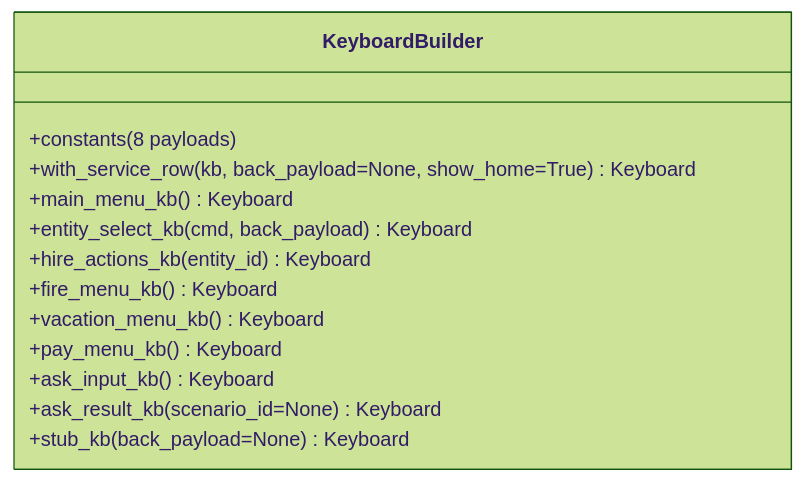
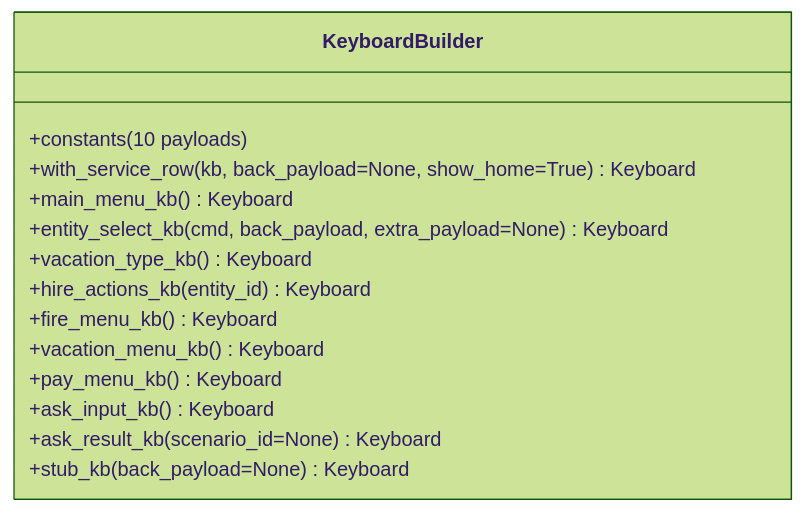
One commit to ognelis/cafetera_hr_bot changed the third of 12 diagrams in .qoder/repowiki/en/content/Keyboard System.md. Above: the diagram before and after it, drawn with Mermaid (forest theme). The commit also changed other lines of this file and 26 other files, not shown here.

````diff
--- a/.qoder/repowiki/en/content/Keyboard System.md
+++ b/.qoder/repowiki/en/content/Keyboard System.md
@@ -162,16 +170,17 @@
 ```mermaid
 classDiagram
 class KeyboardBuilder {
-+constants (8 payloads)
++constants (10 payloads)
 +with_service_row(kb, back_payload=None, show_home=True) Keyboard
 +main_menu_kb() Keyboard
-+entity_select_kb(cmd, back_payload) Keyboard
++entity_select_kb(cmd, back_payload, extra_payload=None) Keyboard
++vacation_type_kb() Keyboard
 +hire_actions_kb(entity_id) Keyboard
 +fire_menu_kb() Keyboard
 +vacation_menu_kb() Keyboard
 +pay_menu_kb() Keyboard
 +ask_input_kb() Keyboard
 +ask_result_kb(scenario_id=None) Keyboard
 +stub_kb(back_payload=None) Keyboard
 }
 ```
````
